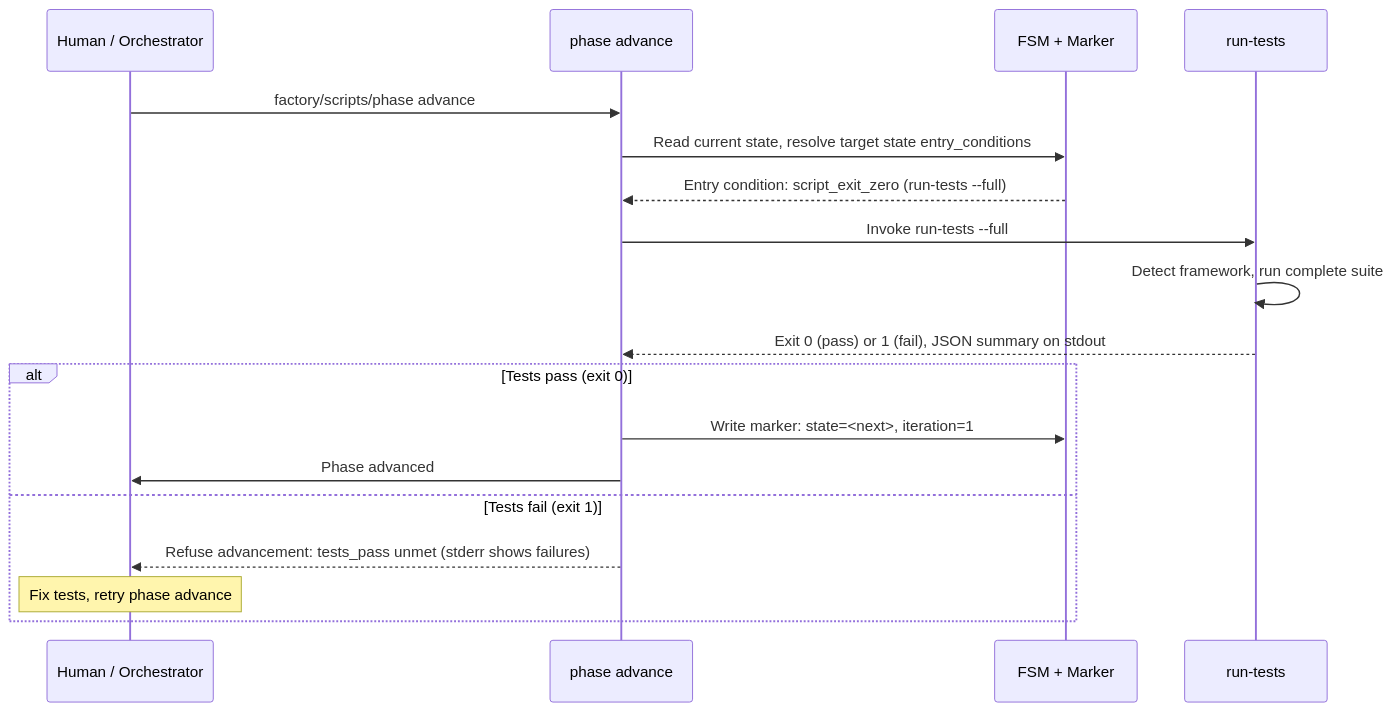
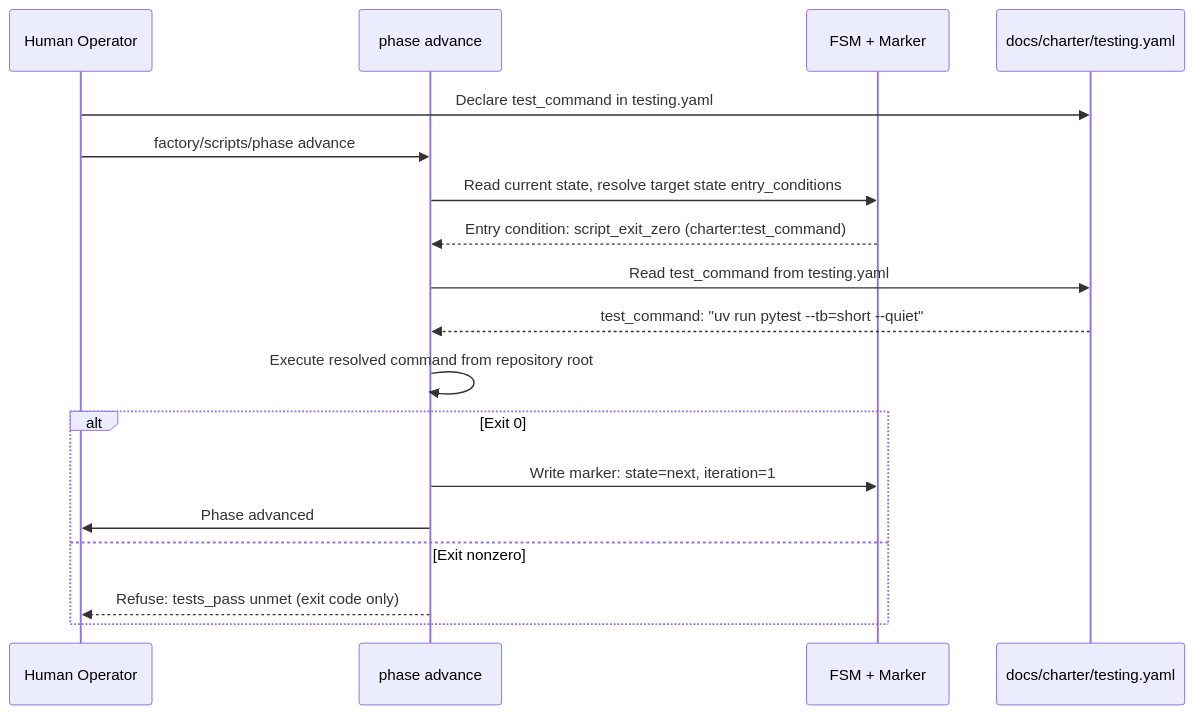
The first of 6 diagrams in docs/arc42/06_runtime_view.md (matthiasdaues/agent_factory), drawn with Mermaid before and after one commit. The commit also changed other lines of this file and 23 other files, not shown here.

First line of the commit message:
docs: reconcile spec and architecture against code-as-built

````diff
--- a/docs/arc42/06_runtime_view.md
+++ b/docs/arc42/06_runtime_view.md
@@ -74,21 +17,21 @@
 ```mermaid
 sequenceDiagram
-    participant H as Human / Orchestrator
+    participant H as Human Operator
     participant PA as phase advance
     participant FSM as FSM + Marker
-    participant RT as run-tests
+    participant C as docs/charter/testing.yaml
 
+    H->>C: Declare test_command in testing.yaml
     H->>PA: factory/scripts/phase advance
     PA->>FSM: Read current state, resolve target state entry_conditions
-    FSM-->>PA: Entry condition: script_exit_zero (run-tests --full)
-    PA->>RT: Invoke run-tests --full
-    RT->>RT: Detect framework, run complete suite
-    RT-->>PA: Exit 0 (pass) or 1 (fail), JSON summary on stdout
-    alt Tests pass (exit 0)
-        PA->>FSM: Write marker: state=<next>, iteration=1
+    FSM-->>PA: Entry condition: script_exit_zero (charter:test_command)
+    PA->>C: Read test_command from testing.yaml
+    C-->>PA: test_command: "uv run pytest --tb=short --quiet"
+    PA->>PA: Execute resolved command from repository root
+    alt Exit 0
+        PA->>FSM: Write marker: state=next, iteration=1
         PA->>H: Phase advanced
-    else Tests fail (exit 1)
-        PA-->>H: Refuse advancement: tests_pass unmet (stderr shows failures)
-        Note over H: Fix tests, retry phase advance
+    else Exit nonzero
+        PA-->>H: Refuse: tests_pass unmet (exit code only)
     end
 ```
````
